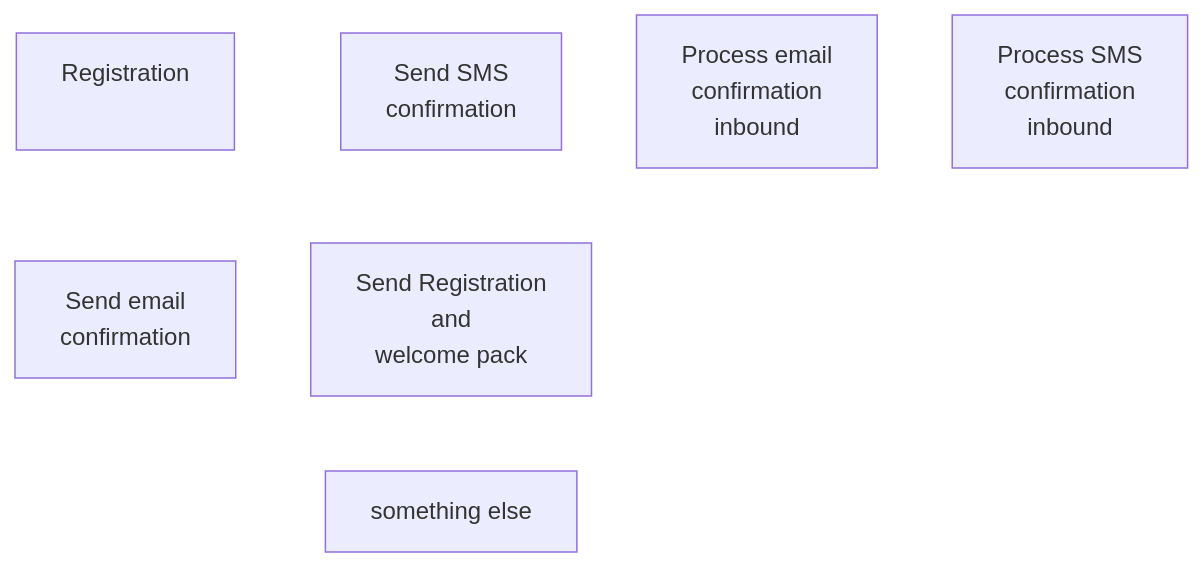
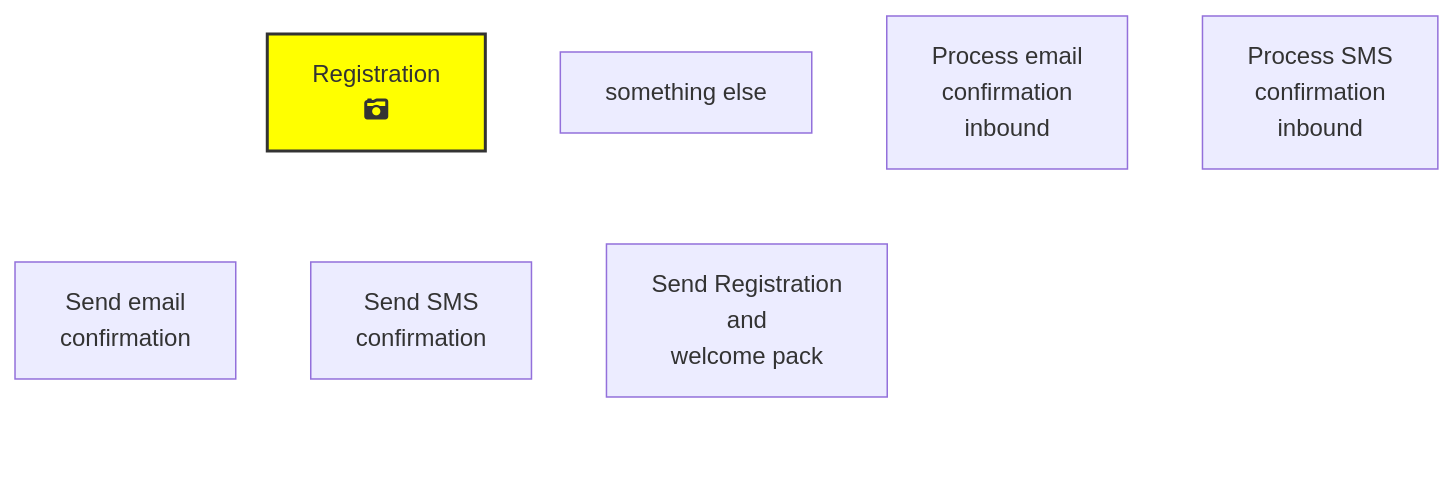
One commit to jimdeane/OpenCCM-wiki changed the diagram in User%2DJourneys.md. Above: the diagram before and after it, drawn with Mermaid.

Commit message:
Updated User-Journeys

```diff
--- a/User%2DJourneys.md
+++ b/User%2DJourneys.md
@@ -2,16 +2,21 @@
 ::: mermaid
 graph TD;
-id00[Registration<br><br>]---id01[Send email<br>confirmation]
-id02[Send SMS<br>confirmation]---id03[Send Registration<br>and<br>welcome pack]
-id03---id301[something else]
-id04[Process email<br>confirmation<br>inbound]
-id05[Process SMS<br>confirmation<br>inbound]
+id00[Registration<br>fa:fa-camera-retro<br>];
+id00---id01[Send email<br>confirmation];
+id00---id02[Send SMS<br>confirmation];
+id00---id03[Send Registration<br>and<br>welcome pack];
+id04[something else];
+id05---id05[Process email<br>confirmation<br>inbound];
+id06[Process SMS<br>confirmation<br>inbound];
 
+
+class id00 yyy;
+classDef yyy fill:yellow,stroke:#333,stroke-width:2px;
 linkStyle 0 stroke:#FFF,stroke-width:4px,color:red;
 linkStyle 1 stroke:#FFF,stroke-width:4px,color:red;
 linkStyle 2 stroke:#FFF,stroke-width:4px,color:red;
-%%linkStyle 3 stroke:#FFF,stroke-width:4px,color:red;
+linkStyle 3 stroke:#FFF,stroke-width:4px,color:red;
 %%linkStyle 4 stroke:#FFF,stroke-width:4px,color:red;
 %%linkStyle 5 stroke:#FFF,stroke-width:4px,color:red;
 
 :::
```
